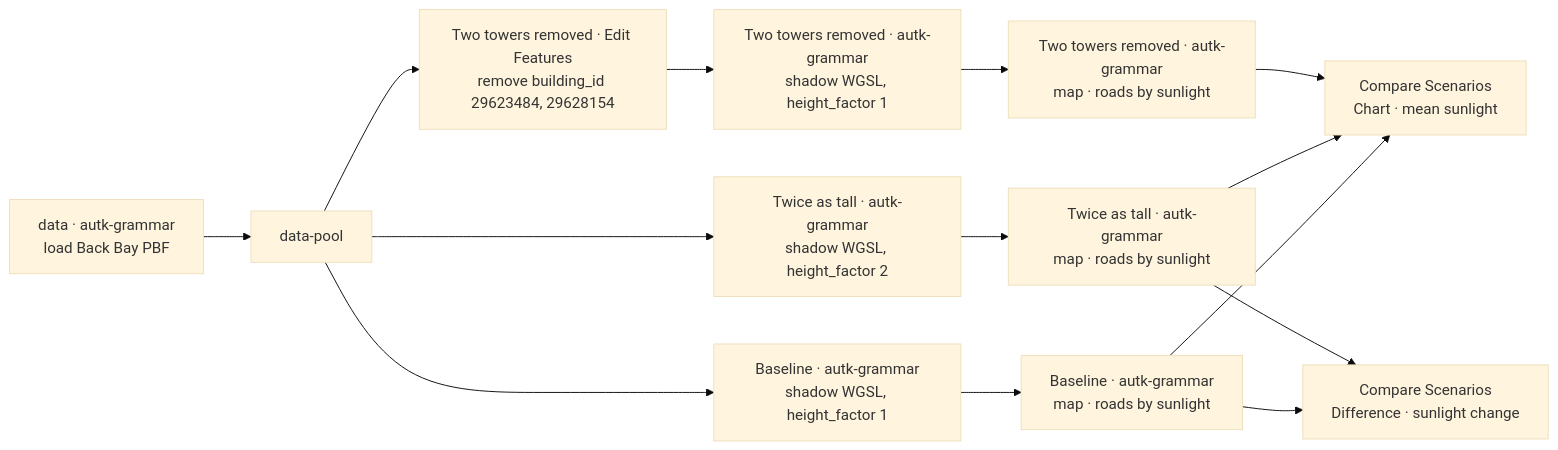
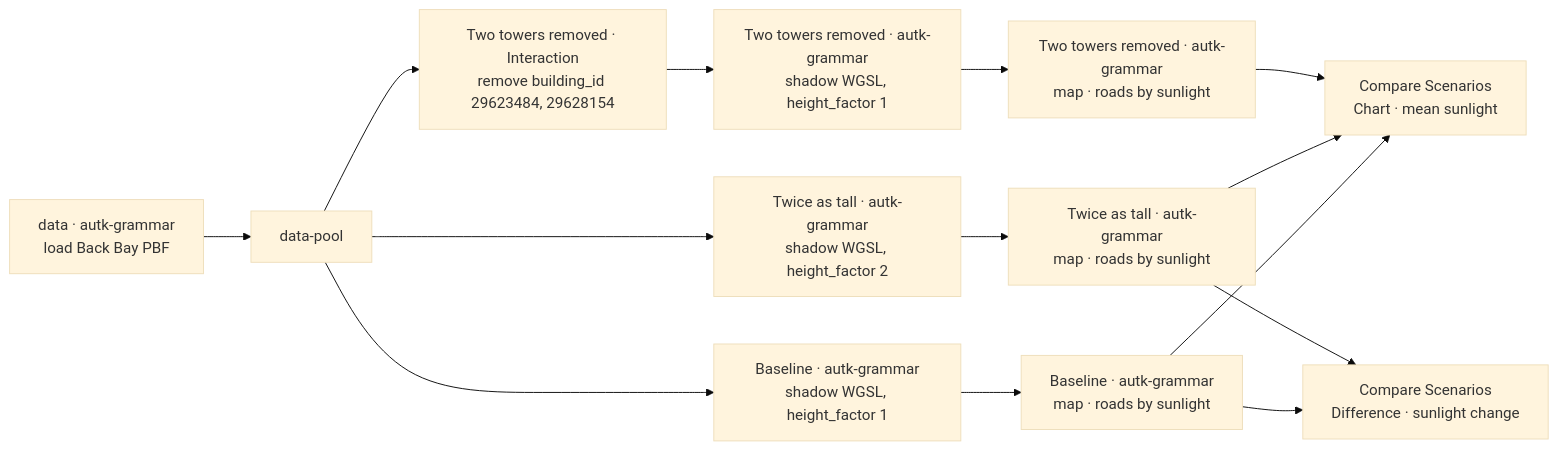
The diagram in docs/examples/06-autark-what-if-shadow-study.md (urban-toolkit/curio), drawn with Mermaid (base theme) before and after one commit. The commit also changed other lines of this file and 25 other files, not shown here.

Commit message:
Interaction node: Edit Features renamed, with conditions, scale, offset and expressions, a log, keys and Update results

````diff
--- a/docs/examples/06-autark-what-if-shadow-study.md
+++ b/docs/examples/06-autark-what-if-shadow-study.md
@@ -18,23 +18,23 @@
 ```mermaid
 flowchart LR
   D["data · autk-grammar<br/>load Back Bay PBF"]
   P["data-pool"]
   BC["Baseline · autk-grammar<br/>shadow WGSL, height_factor 1"]
   BM["Baseline · autk-grammar<br/>map · roads by sunlight"]
   MC["Twice as tall · autk-grammar<br/>shadow WGSL, height_factor 2"]
   MM["Twice as tall · autk-grammar<br/>map · roads by sunlight"]
-  TE["Two towers removed · Edit Features<br/>remove building_id 29623484, 29628154"]
+  TE["Two towers removed · Interaction<br/>remove building_id 29623484, 29628154"]
   TC["Two towers removed · autk-grammar<br/>shadow WGSL, height_factor 1"]
   TM["Two towers removed · autk-grammar<br/>map · roads by sunlight"]
   CC["Compare Scenarios<br/>Chart · mean sunlight"]
   CD["Compare Scenarios<br/>Difference · sunlight change"]
   D --> P
   P --> BC --> BM
   P --> MC --> MM
   P --> TE --> TC --> TM
   BM --> CC
   MM --> CC
   TM --> CC
   BM --> CD
   MM --> CD
 ```
````
